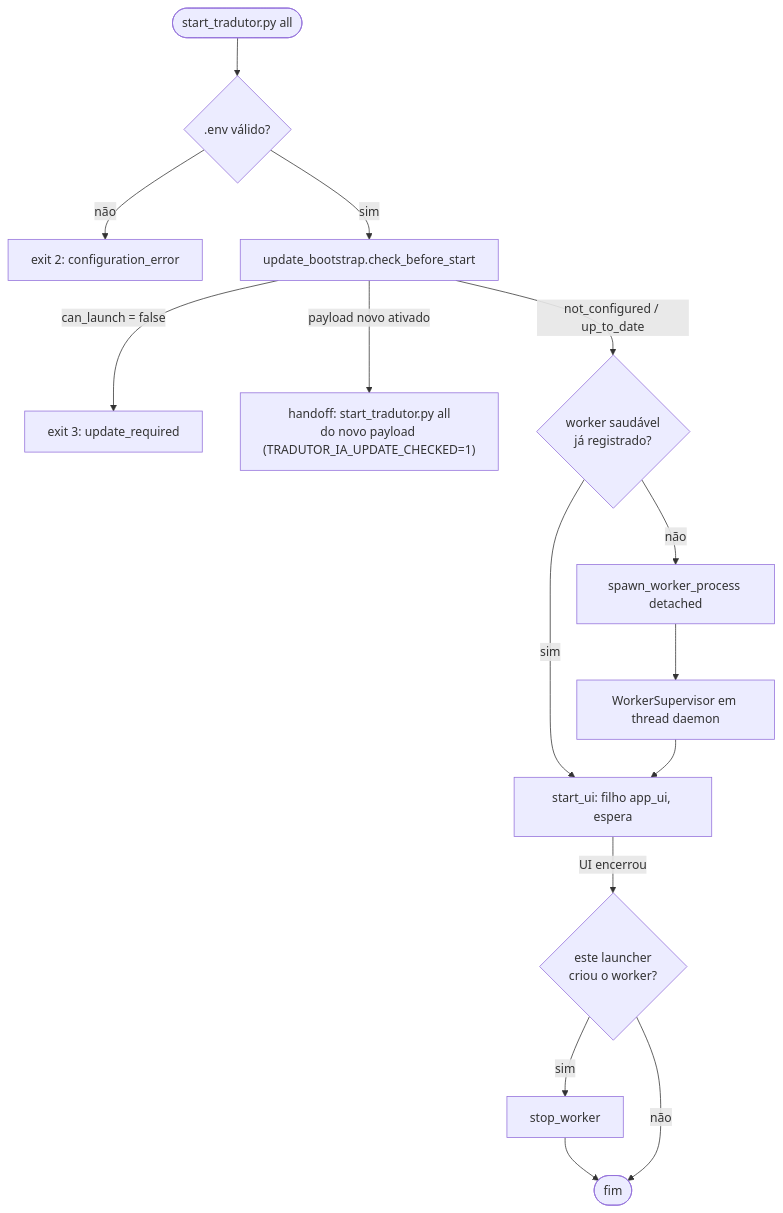
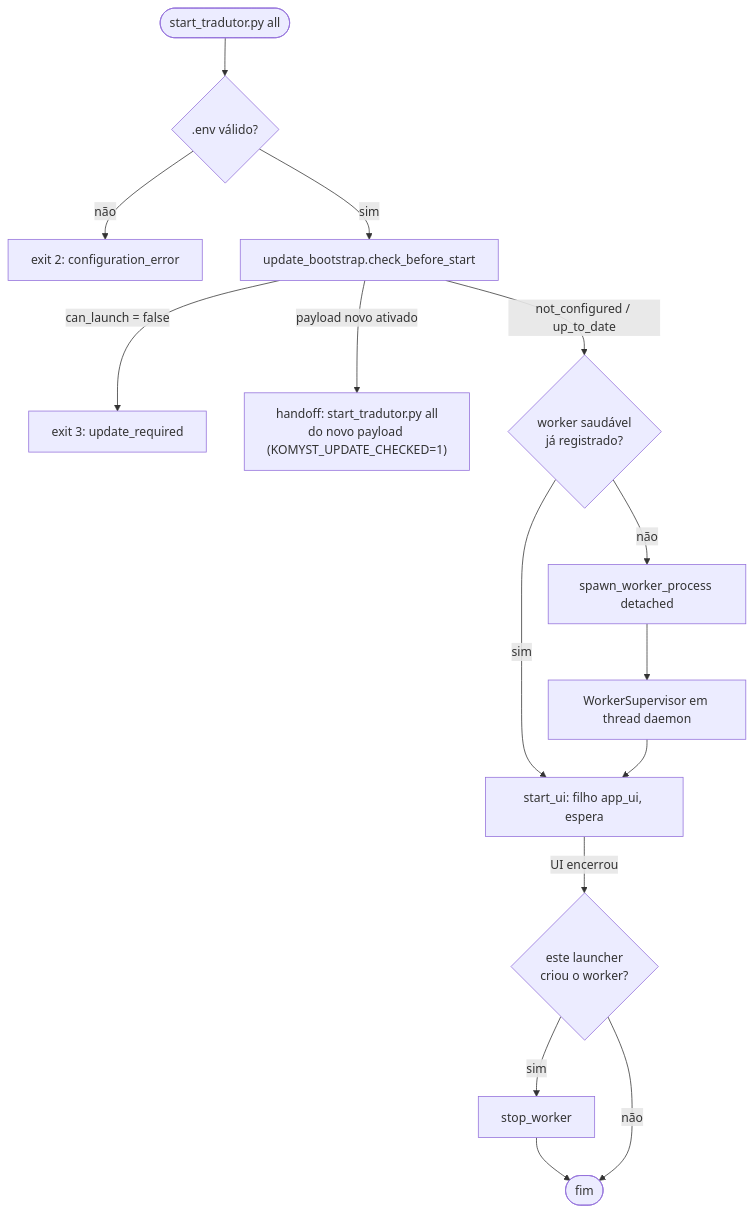
One commit to HenriquePvAr/Yomu-Sekai changed the second of 17 diagrams in docs/technical/DOCUMENTACAO_TECNICA.md. Above: the diagram before and after it, drawn with Mermaid. The commit also changed other lines of this file and 49 other files, not shown here.

````diff
--- a/docs/technical/DOCUMENTACAO_TECNICA.md
+++ b/docs/technical/DOCUMENTACAO_TECNICA.md
@@ -253,14 +252,14 @@
 ```mermaid
 flowchart TD
     S([start_tradutor.py all]) --> E{".env válido?"}
     E -->|não| X2[exit 2: configuration_error]
     E -->|sim| C[update_bootstrap.check_before_start]
     C -->|"can_launch = false"| X3[exit 3: update_required]
-    C -->|"payload novo ativado"| H["handoff: start_tradutor.py all<br/>do novo payload (TRADUTOR_IA_UPDATE_CHECKED=1)"]
+    C -->|"payload novo ativado"| H["handoff: start_tradutor.py all<br/>do novo payload (KOMYST_UPDATE_CHECKED=1)"]
     C -->|"not_configured / up_to_date"| HW{worker saudável<br/>já registrado?}
     HW -->|sim| UI[start_ui: filho app_ui, espera]
     HW -->|não| SW[spawn_worker_process detached] --> SUP[WorkerSupervisor em thread daemon] --> UI
     UI -->|UI encerrou| STOP{"este launcher<br/>criou o worker?"}
     STOP -->|sim| SW2[stop_worker] --> F([fim])
     STOP -->|não| F
 ```
````
